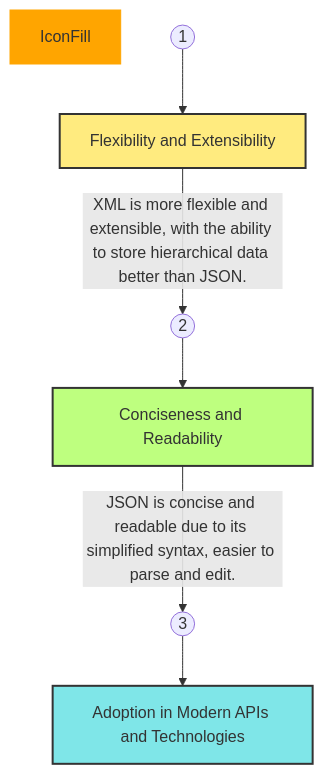
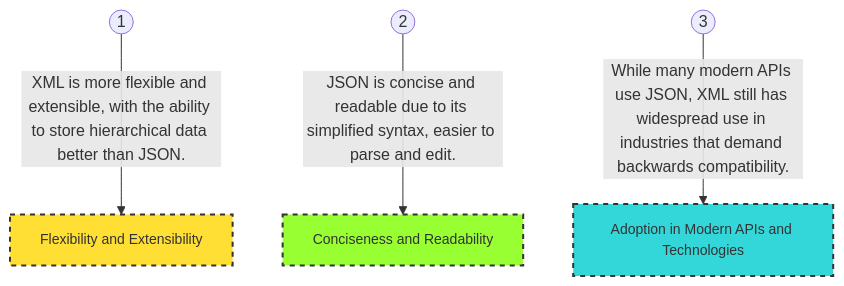
Before and after one commit to superelectronic/ppt2: the diagram in index.adoc, drawn with Mermaid. The commit also changed other lines of this file, not shown here.

Commit message:
added content

```diff
--- a/index.adoc
+++ b/index.adoc
@@ -978,18 +978,15 @@
 [mermaid,target=user-journey,format=svg,theme=forest,.stretch]
 ----
 graph TD
-    style StartBox fill:#FFD700,stroke:#333,stroke-width:2px,fill-opacity:0.5
-    style MiddleBox fill:#7FFF00,stroke:#333,stroke-width:2px,fill-opacity:0.5
-    style EndBox fill:#00CED1,stroke:#333,stroke-width:2px,fill-opacity:0.5
-    style IconFill fill:#FFA500,stroke:#FFA500
+    style StartBox fill:#FFD700,stroke:#333,stroke-width:2px,fill-opacity:0.8,stroke-dasharray: 5, 5, corner-radius: 10px, font-size: 14px, font-family: 'Arial'
+    style MiddleBox fill:#7FFF00,stroke:#333,stroke-width:2px,fill-opacity:0.8,stroke-dasharray: 5, 5, corner-radius: 10px, font-size: 14px, font-family: 'Arial'
+    style EndBox fill:#00CED1,stroke:#333,stroke-width:2px,fill-opacity:0.8,stroke-dasharray: 5, 5, corner-radius: 10px, font-size: 14px, font-family: 'Arial'
     
-    StartIcon1((1)):::IconFill
-    StartIcon2((2)):::IconFill
-    StartIcon3((3)):::IconFill
+    StartIcon1((1)):::icon
+    StartIcon2((2)):::icon
+    StartIcon3((3)):::icon
 
-    StartIcon1 --> StartBox[Flexibility and Extensibility]
-    StartIcon2 --> MiddleBox[Conciseness and Readability]
-    StartIcon3 --> EndBox[Adoption in Modern APIs and Technologies]
-    StartBox -->|XML is more flexible and extensible, with the ability to store hierarchical data better than JSON.| StartIcon2
-    MiddleBox -->|JSON is concise and readable due to its simplified syntax, easier to parse and edit.| StartIcon3
+    StartIcon1 -->|XML is more flexible and extensible, with the ability to store hierarchical data better than JSON.| StartBox[Flexibility and Extensibility]
+    StartIcon2 -->|JSON is concise and readable due to its simplified syntax, easier to parse and edit.| MiddleBox[Conciseness and Readability]
+    StartIcon3 -->|While many modern APIs use JSON, XML still has widespread use in industries that demand backwards compatibility.| EndBox[Adoption in Modern APIs and Technologies]
 ----
```
